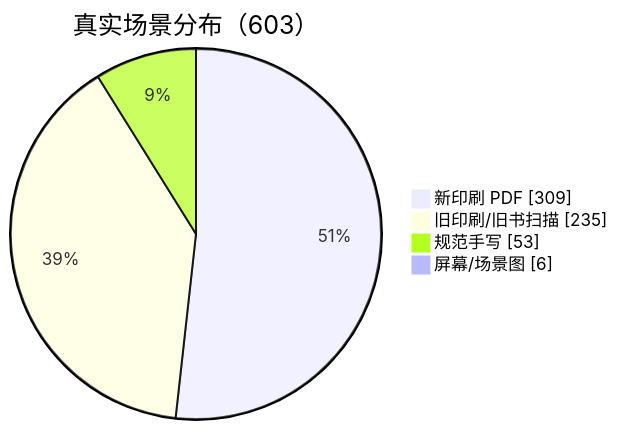
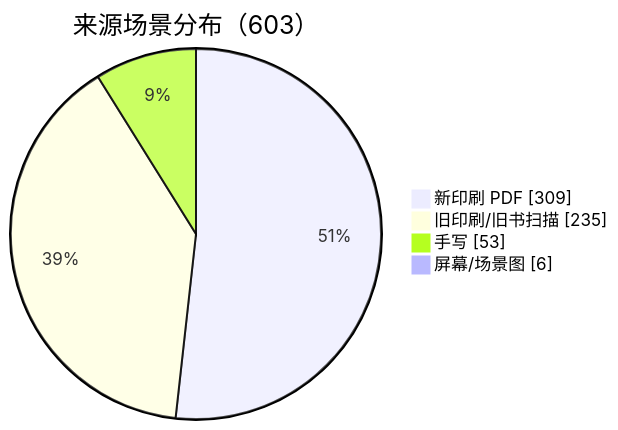
Before and after one commit to nanxidajun/nuosubburma-ocr-paddleocr-vl: the fourth of 6 diagrams in README.md, drawn with Mermaid. The commit also changed other lines of this file, not shown here.

````diff
--- a/README.md
+++ b/README.md
@@ -80,8 +83,8 @@
 ```mermaid
 pie showData
-  title 真实场景分布（603）
+  title 来源场景分布（603）
   "新印刷 PDF" : 309
   "旧印刷/旧书扫描" : 235
-  "规范手写" : 53
+  "手写" : 53
   "屏幕/场景图" : 6
 ```
````
